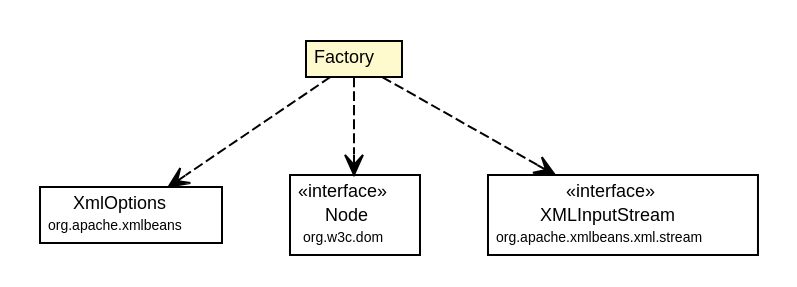
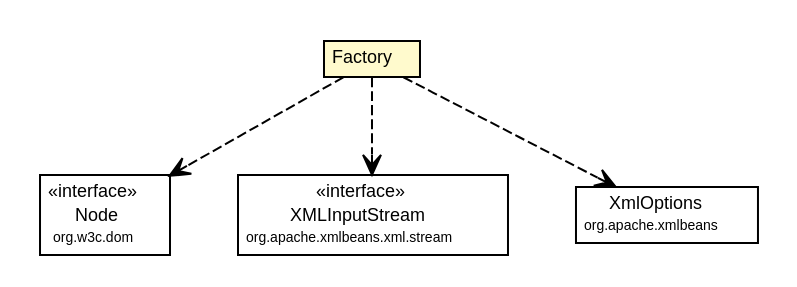
One commit to synchronoss/cpo-api changed the diagram in site/apidocs/org/synchronoss/cpo/cassandra/cpoCassandraConfig/CtCredentials.Factory.dot. Above: the diagram before and after it, drawn with Graphviz. The commit also changed 882 other files, not shown here.

```diff
--- a/site/apidocs/org/synchronoss/cpo/cassandra/cpoCassandraConfig/CtCredentials.Factory.dot
+++ b/site/apidocs/org/synchronoss/cpo/cassandra/cpoCassandraConfig/CtCredentials.Factory.dot
@@ -1,45 +1,45 @@
 #!/usr/local/bin/dot
 #
 # Class diagram 
 # Generated by UmlGraph version 4.6 (http://www.spinellis.gr/sw/umlgraph)
 #
 
 digraph G {
 	edge [fontname="Helvetica",fontsize=10,labelfontname="Helvetica",labelfontsize=10];
 	node [fontname="Helvetica",fontsize=10,shape=plaintext];
 	// org.synchronoss.cpo.cassandra.cpoCassandraConfig.CtCredentials.Factory
 	c51012 [label=<<table border="0" cellborder="1" cellspacing="0" cellpadding="2" port="p" bgcolor="lemonChiffon" href="./CtCredentials.Factory.html">
 		<tr><td><table border="0" cellspacing="0" cellpadding="1">
 			<tr><td> Factory </td></tr>
 		</table></td></tr>
 		</table>>, fontname="Helvetica", fontcolor="black", fontsize=9.0];
+	// org.synchronoss.cpo.cassandra.cpoCassandraConfig.CtCredentials.Factory DEPEND org.w3c.dom.Node
+	c51012:p -> c51027:p [taillabel="", label="", headlabel="", fontname="Helvetica", fontcolor="black", fontsize=10.0, color="black", arrowhead=open, style=dashed];
+	// org.synchronoss.cpo.cassandra.cpoCassandraConfig.CtCredentials.Factory DEPEND org.apache.xmlbeans.xml.stream.XMLInputStream
+	c51012:p -> c51028:p [taillabel="", label="", headlabel="", fontname="Helvetica", fontcolor="black", fontsize=10.0, color="black", arrowhead=open, style=dashed];
 	// org.synchronoss.cpo.cassandra.cpoCassandraConfig.CtCredentials.Factory DEPEND org.apache.xmlbeans.XmlOptions
-	c51012:p -> c51027:p [taillabel="", label="", headlabel="", fontname="Helvetica", fontcolor="black", fontsize=10.0, color="black", arrowhead=open, style=dashed];
-	// org.synchronoss.cpo.cassandra.cpoCassandraConfig.CtCredentials.Factory DEPEND org.w3c.dom.Node
-	c51012:p -> c51028:p [taillabel="", label="", headlabel="", fontname="Helvetica", fontcolor="black", fontsize=10.0, color="black", arrowhead=open, style=dashed];
-	// org.synchronoss.cpo.cassandra.cpoCassandraConfig.CtCredentials.Factory DEPEND org.apache.xmlbeans.xml.stream.XMLInputStream
 	c51012:p -> c51029:p [taillabel="", label="", headlabel="", fontname="Helvetica", fontcolor="black", fontsize=10.0, color="black", arrowhead=open, style=dashed];
 	// org.apache.xmlbeans.xml.stream.XMLInputStream
-	c51029 [label=<<table border="0" cellborder="1" cellspacing="0" cellpadding="2" port="p" href="http://java.sun.com/j2se/1.4.2/docs/api/org/apache/xmlbeans/xml/stream/XMLInputStream.html">
+	c51028 [label=<<table border="0" cellborder="1" cellspacing="0" cellpadding="2" port="p" href="http://java.sun.com/j2se/1.4.2/docs/api/org/apache/xmlbeans/xml/stream/XMLInputStream.html">
 		<tr><td><table border="0" cellspacing="0" cellpadding="1">
 			<tr><td> &laquo;interface&raquo; </td></tr>
 			<tr><td> XMLInputStream </td></tr>
 			<tr><td><font point-size="7.0"> org.apache.xmlbeans.xml.stream </font></td></tr>
 		</table></td></tr>
 		</table>>, fontname="Helvetica", fontcolor="black", fontsize=9.0];
 	// org.apache.xmlbeans.XmlOptions
-	c51027 [label=<<table border="0" cellborder="1" cellspacing="0" cellpadding="2" port="p" href="http://java.sun.com/j2se/1.4.2/docs/api/org/apache/xmlbeans/XmlOptions.html">
+	c51029 [label=<<table border="0" cellborder="1" cellspacing="0" cellpadding="2" port="p" href="http://java.sun.com/j2se/1.4.2/docs/api/org/apache/xmlbeans/XmlOptions.html">
 		<tr><td><table border="0" cellspacing="0" cellpadding="1">
 			<tr><td> XmlOptions </td></tr>
 			<tr><td><font point-size="7.0"> org.apache.xmlbeans </font></td></tr>
 		</table></td></tr>
 		</table>>, fontname="Helvetica", fontcolor="black", fontsize=9.0];
 	// org.w3c.dom.Node
-	c51028 [label=<<table border="0" cellborder="1" cellspacing="0" cellpadding="2" port="p" href="http://java.sun.com/j2se/1.4.2/docs/api/org/w3c/dom/Node.html">
+	c51027 [label=<<table border="0" cellborder="1" cellspacing="0" cellpadding="2" port="p" href="http://java.sun.com/j2se/1.4.2/docs/api/org/w3c/dom/Node.html">
 		<tr><td><table border="0" cellspacing="0" cellpadding="1">
 			<tr><td> &laquo;interface&raquo; </td></tr>
 			<tr><td> Node </td></tr>
 			<tr><td><font point-size="7.0"> org.w3c.dom </font></td></tr>
 		</table></td></tr>
 		</table>>, fontname="Helvetica", fontcolor="black", fontsize=9.0];
 }
```
